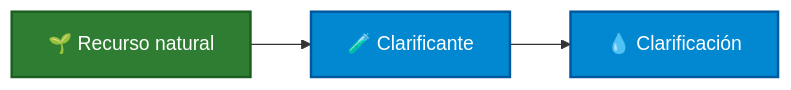
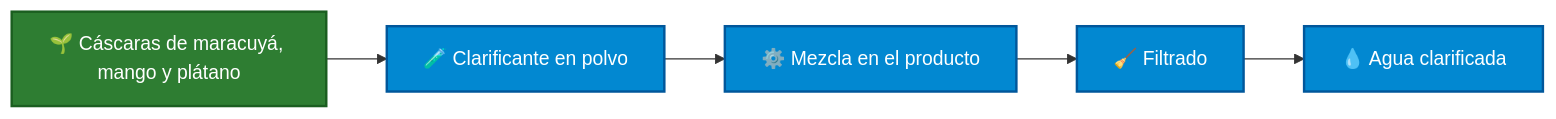
Before and after one commit to BeyondNate/PI_Equipo_05: the first of 4 diagrams in README.md, drawn with Mermaid. The commit also changed other lines of this file, not shown here.

````diff
--- a/README.md
+++ b/README.md
@@ -163,11 +159,13 @@
 ```mermaid
 flowchart LR
-    A["🌱 Recurso natural"] --> B["🧪 Clarificante"]
-    B --> C["💧 Clarificación"]
-    
+    A["🌱 Cáscaras de maracuyá, mango y plátano"] --> B["🧪 Clarificante en polvo"]
+    B --> C["⚙️ Mezcla en el producto"]
+    C --> D["🧹 Filtrado"]
+    D --> E["💧 Agua clarificada"]
+ 
     classDef natural fill:#2E7D32,color:#FFFFFF,stroke:#1B5E20,stroke-width:2px;
-    classDef process fill:#0288D1,color:#FFFFFF,stroke:#01579B,stroke-width:2px;
-    
+    classDef technology fill:#0288D1,color:#FFFFFF,stroke:#01579B,stroke-width:2px;
+ 
     class A natural;
-    class B,C process;
+    class B,C,D,E technology;
 ```
````
